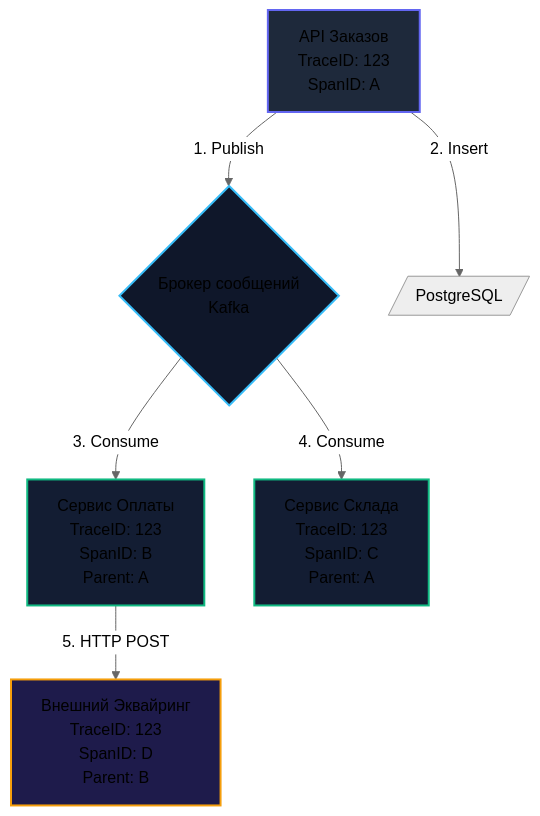
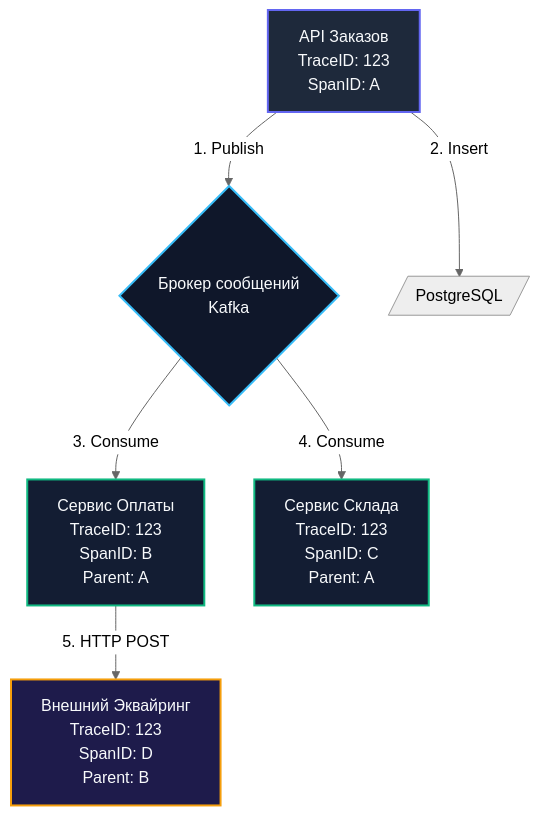
Before and after one commit to UnrealTemplier/go-textbook: the first of 2 diagrams in sources/13. Очереди, брокеры сообщений и оркестраторы/05. Паттерны и архитектура/10. Distributed tracing в async системах.md, drawn with Mermaid (neutral theme). The commit also changed other lines of this file and 310 other files, not shown here.

First line of the commit message:
fix(mermaid): replace light fill colors with dark palette for readability on dark theme

````diff
--- a/sources/13. Очереди, брокеры сообщений и оркестраторы/05. Паттерны и архитектура/10. Distributed tracing в async системах.md
+++ b/sources/13. Очереди, брокеры сообщений и оркестраторы/05. Паттерны и архитектура/10. Distributed tracing в async системах.md
@@ -60,16 +60,16 @@
 ```mermaid
 flowchart TD
     A["API Заказов<br>TraceID: 123<br>SpanID: A"] -->|"1. Publish"| B{"Брокер сообщений<br>Kafka"}
     A -->|"2. Insert"| DB1[/"PostgreSQL"/]
     
     B -->|"3. Consume"| C["Сервис Оплаты<br>TraceID: 123<br>SpanID: B<br>Parent: A"]
     B -->|"4. Consume"| D["Сервис Склада<br>TraceID: 123<br>SpanID: C<br>Parent: A"]
     
     C -->|"5. HTTP POST"| E["Внешний Эквайринг<br>TraceID: 123<br>SpanID: D<br>Parent: B"]
 
-    style B fill:#0f172a,stroke:#38bdf8,stroke-width:2px
-    style A fill:#1e293b,stroke:#6366f1,stroke-width:2px
-    style C fill:#131d33,stroke:#10b981,stroke-width:2px
-    style D fill:#131d33,stroke:#10b981,stroke-width:2px
-    style E fill:#1e1b4b,stroke:#f59e0b,stroke-width:2px
+    style B fill:#0f172a,stroke:#38bdf8,stroke-width:2px,color:#f8fafc
+    style A fill:#1e293b,stroke:#6366f1,stroke-width:2px,color:#f8fafc
+    style C fill:#131d33,stroke:#10b981,stroke-width:2px,color:#f8fafc
+    style D fill:#131d33,stroke:#10b981,stroke-width:2px,color:#f8fafc
+    style E fill:#1e1b4b,stroke:#f59e0b,stroke-width:2px,color:#f8fafc
 ```
````
